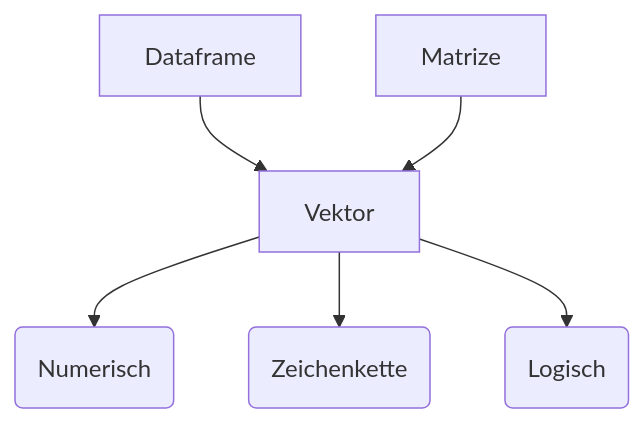
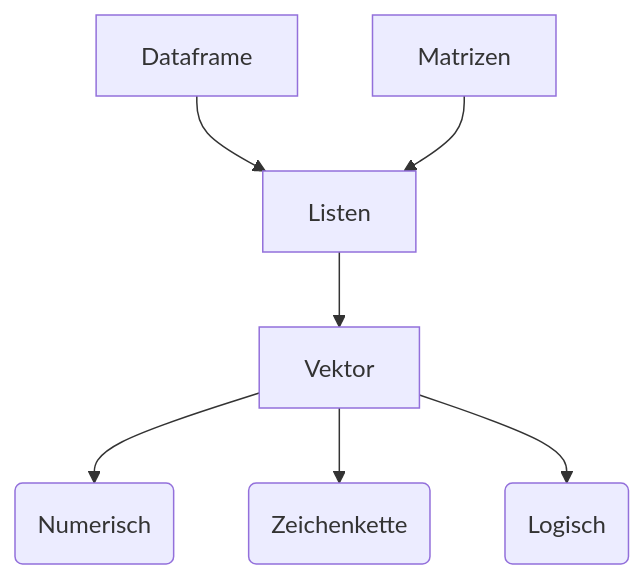
Before and after one commit to robertreingit/skriptum: the diagram in r_vars_types.qmd, drawn with Mermaid. The commit also changed other lines of this file and 13 other files, not shown here.

````diff
--- a/r_vars_types.qmd
+++ b/r_vars_types.qmd
@@ -834,11 +895,12 @@
 ```{mermaid}
 %%| label: fig-r-kickoff-dependencies
 %%| fig-cap: "Hierarchie der Datentypen."
 
 flowchart TD
-    A[Dataframe] --> B[Vektor]
-    F[Matrize] --> B
-    B --> C(Numerisch)
-    B --> D(Zeichenkette)
-    B --> E(Logisch)
+    A[Dataframe] --> C[Listen]
+    B[Matrizen] --> C
+    C --> D[Vektor]
+    D --> E(Numerisch)
+    D --> F(Zeichenkette)
+    D --> G(Logisch)
 ```
````
